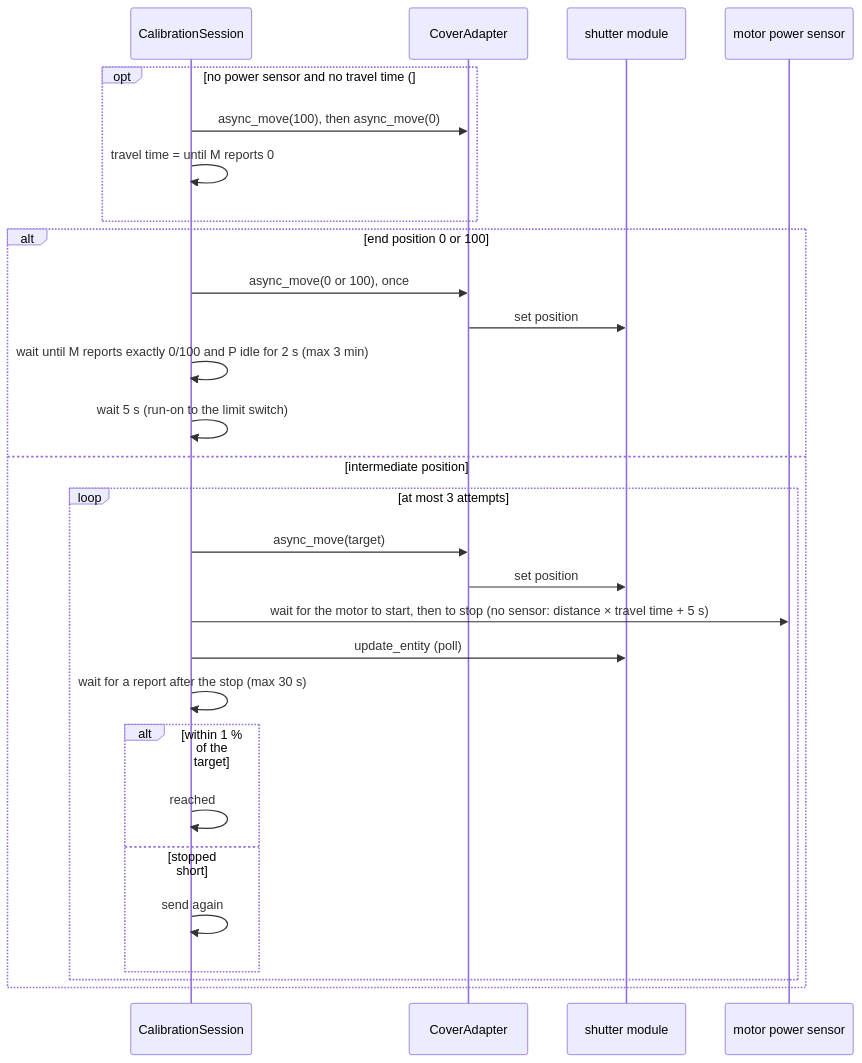
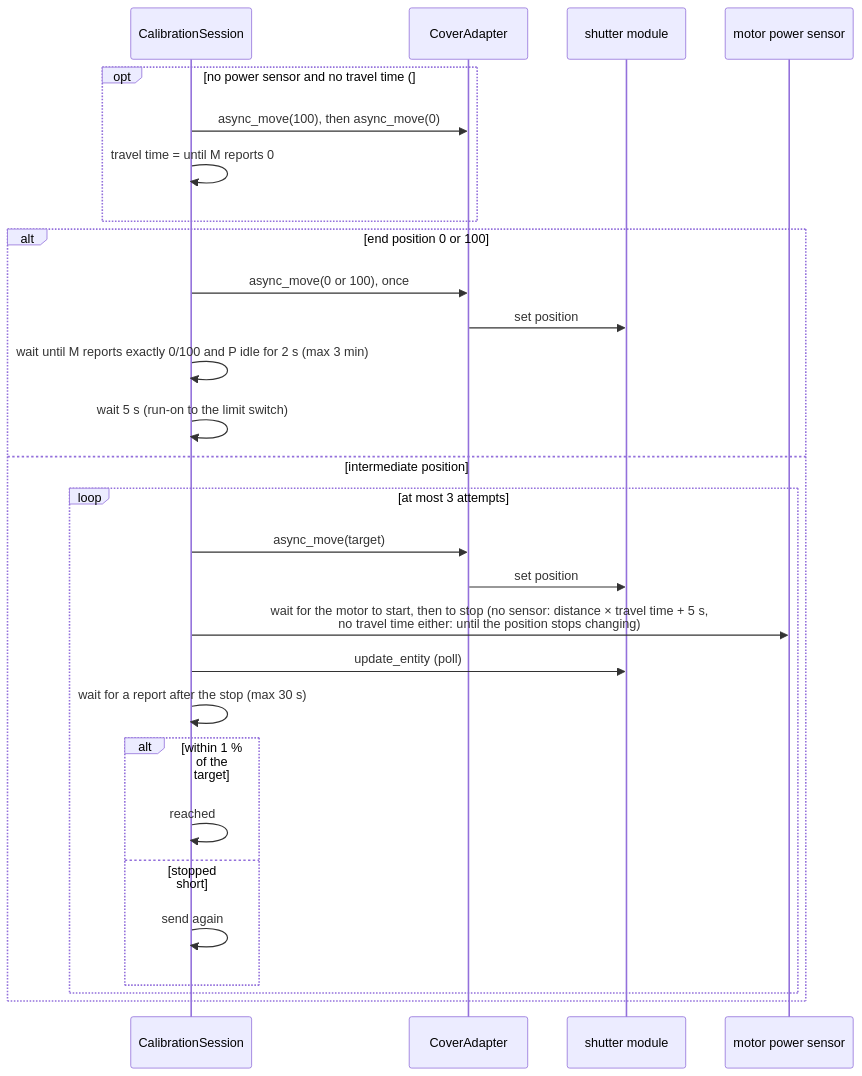
Before and after one commit to abroeders/smart-shutter-control: the tenth of 46 diagrams in docs/architecture.md, drawn with Mermaid. The commit also changed other lines of this file and 35 other files, not shown here.

````diff
--- a/docs/architecture.md
+++ b/docs/architecture.md
@@ -401,30 +404,30 @@
 ```mermaid
 sequenceDiagram
     participant S as CalibrationSession
     participant A as CoverAdapter
     participant M as shutter module
     participant P as motor power sensor
     opt no power sensor and no travel time (#18)
         S->>A: async_move(100), then async_move(0)
         S->>S: travel time = until M reports 0
     end
     alt end position 0 or 100
         S->>A: async_move(0 or 100), once
         A->>M: set position
         S->>S: wait until M reports exactly 0/100 and P idle for 2 s (max 3 min)
         S->>S: wait 5 s (run-on to the limit switch)
     else intermediate position
         loop at most 3 attempts
             S->>A: async_move(target)
             A->>M: set position
-            S->>P: wait for the motor to start, then to stop (no sensor: distance × travel time + 5 s)
+            S->>P: wait for the motor to start, then to stop (no sensor: distance × travel time + 5 s,<br/>no travel time either: until the position stops changing)
             S->>M: update_entity (poll)
             S->>S: wait for a report after the stop (max 30 s)
             alt within 1 % of the target
                 S->>S: reached
             else stopped short
                 S->>S: send again
             end
         end
     end
 ```
````
